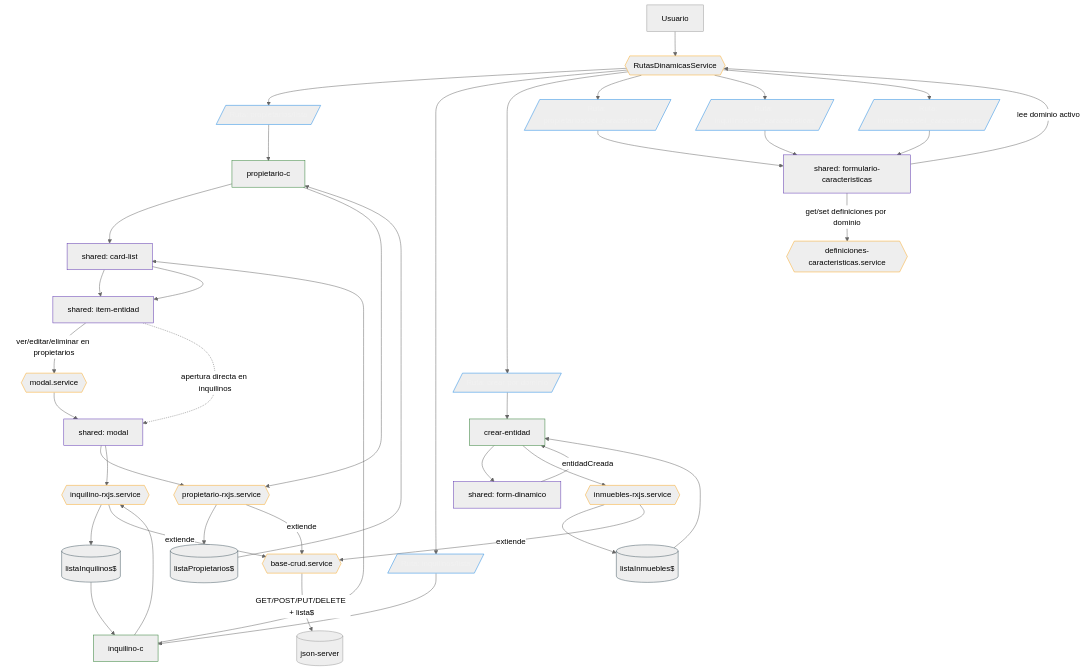
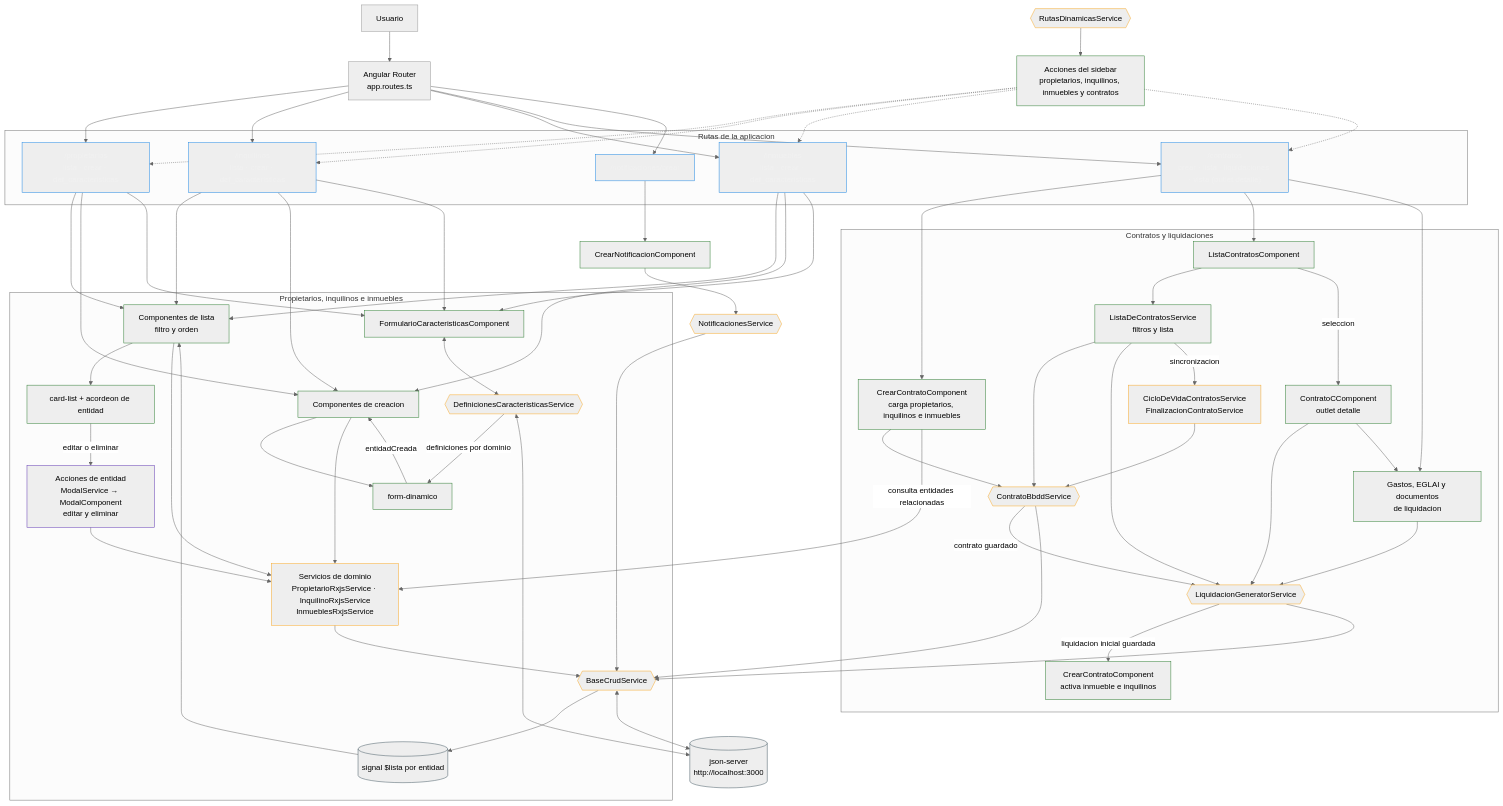
Before and after one commit to srOtyy/mvpInmo: the diagram in docs/diagramas/flujo_general.md, drawn with Mermaid (neutral theme). The commit also changed other lines of this file and 4 other files, not shown here.

````diff
--- a/docs/diagramas/flujo_general.md
+++ b/docs/diagramas/flujo_general.md
@@ -3,107 +5,107 @@
 ```mermaid
 flowchart TB
+    U[Usuario] --> ROUTER[Angular Router<br/>app.routes.ts]
 
-    %% Entrada comun
-    U[Usuario]
-    RDS{{RutasDinamicasService}}
+    subgraph RUTAS["Rutas de la aplicacion"]
+        RP["/propietarios<br/>lista · crear · def_caracteristicas"]
+        RI["/inquilinos<br/>lista · crear · def_caracteristicas"]
+        RIM["/inmuebles<br/>lista · crear · def_caracteristicas"]
+        RC["/contratos<br/>crear · lista · liquidaciones · vista (outlet detalle)"]
+        RN["/notificaciones/crear"]
+    end
+    ROUTER --> RP
+    ROUTER --> RI
+    ROUTER --> RIM
+    ROUTER --> RC
+    ROUTER --> RN
 
-    %% Rutas por dominio
-    RP[/Ruta: propietarios/lista/]
-    RI[/Ruta: inquilinos/lista/]
-    RC[/Ruta: crear por dominio/]
+    RDS{{RutasDinamicasService}} --> SIDEBAR["Acciones del sidebar<br/>propietarios, inquilinos, inmuebles y contratos"]
+    SIDEBAR -.-> RP
+    SIDEBAR -.-> RI
+    SIDEBAR -.-> RIM
+    SIDEBAR -.-> RC
 
-    RDC1[/Ruta: propietarios/def_caracteristicas/]
-    RDC2[/Ruta: inquilinos/def_caracteristicas/]
-    RDC3[/Ruta: inmuebles/def_caracteristicas/]
+    subgraph ENTIDADES["Propietarios, inquilinos e inmuebles"]
+        LISTA["Componentes de lista<br/>filtro y orden"]
+        CARD["card-list + acordeon de entidad"]
+        MODAL["Acciones de entidad<br/>ModalService → ModalComponent<br/>editar y eliminar"]
+        CREAR["Componentes de creacion"]
+        FD["form-dinamico"]
+        DEFINICIONES["FormularioCaracteristicasComponent"]
+        SDEF{{DefinicionesCaracteristicasService}}
+        SERVICES["Servicios de dominio<br/>PropietarioRxjsService · InquilinoRxjsService<br/>InmueblesRxjsService"]
+        CRUD{{BaseCrudService}}
+        ESTADO[("signal $lista por entidad")]
 
-    %% Componentes de dominio
-    PC[propietario-c]
-    IC[inquilino-c]
-    FC[crear-entidad]
+        RP --> LISTA
+        RI --> LISTA
+        RIM --> LISTA
+        LISTA --> CARD
+        CARD -->|"editar o eliminar"| MODAL
+        LISTA --> SERVICES
+        MODAL --> SERVICES
+        RP --> CREAR
+        RI --> CREAR
+        RIM --> CREAR
+        CREAR --> FD
+        FD -->|"entidadCreada"| CREAR
+        CREAR --> SERVICES
+        RP --> DEFINICIONES
+        RI --> DEFINICIONES
+        RIM --> DEFINICIONES
+        DEFINICIONES <--> SDEF
+        SDEF -->|"definiciones por dominio"| FD
+        SERVICES --> CRUD
+        CRUD --> ESTADO
+        ESTADO --> LISTA
+    end
 
-    %% Shared UI
-    CL[shared: card-list]
-    IE[shared: item-entidad]
-    FD[shared: form-dinamico]
-    FCS[shared: formulario-caracteristicas]
-    MOD[shared: modal]
+    subgraph CONTRATOS["Contratos y liquidaciones"]
+        CFORM["CrearContratoComponent<br/>carga propietarios, inquilinos e inmuebles"]
+        CS{{ContratoBbddService}}
+        LCOMP[ListaContratosComponent]
+        CL["ListaDeContratosService<br/>filtros y lista"]
+        DETAIL["ContratoCComponent<br/>outlet detalle"]
+        LIFE["CicloDeVidaContratosService<br/>FinalizacionContratoService"]
+        LIQ{{LiquidacionGeneratorService}}
+        DOC["Gastos, EGLAI y documentos<br/>de liquidacion"]
+        ACT["CrearContratoComponent<br/>activa inmueble e inquilinos"]
 
-    %% Servicios de dominio y bases compartidas
-    SP{{propietario-rxjs.service}}
-    SI{{inquilino-rxjs.service}}
-    SM{{inmuebles-rxjs.service}}
-    BCRUD{{base-crud.service}}
-    MS{{modal.service}}
+        RC --> CFORM
+        CFORM --> CS
+        CFORM -->|"consulta entidades relacionadas"| SERVICES
+        RC --> LCOMP
+        LCOMP --> CL
+        CL --> CS
+        CL --> LIQ
+        LCOMP -->|"seleccion"| DETAIL
+        CL -->|"sincronizacion"| LIFE
+        LIFE --> CS
+        DETAIL --> LIQ
+        RC --> DOC
+        DETAIL --> DOC
+        DOC --> LIQ
+        CS -->|"contrato guardado"| LIQ
+        LIQ -->|"liquidacion inicial guardada"| ACT
+        CS --> CRUD
+        LIQ --> CRUD
+    end
 
-    %% Servicio shared de definiciones
-    SDEF{{definiciones-caracteristicas.service}}
+    RN --> NCOMP["CrearNotificacionComponent"]
+    NCOMP --> NS{{NotificacionesService}}
+    NS --> CRUD
+    CRUD <--> API[("json-server<br/>http://localhost:3000")]
+    SDEF <--> API
 
-    %% Estado observable
-    OP[(listaPropietarios$)]
-    OI[(listaInquilinos$)]
-    OM[(listaInmuebles$)]
-
-    %% Navegacion
-    U --> RDS
-    RDS --> RP
-    RDS --> RI
-    RDS --> RC
-    RDS --> RDC1
-    RDS --> RDC2
-    RDS --> RDC3
-
-    %% Flujos dominio propietarios
-    RP --> PC
-    PC --> CL
-    CL --> IE
-    IE -->|ver/editar/eliminar en propietarios| MS
-    MS --> MOD
-    PC --> SP
-    MOD --> SP
-    SP --> OP
-    OP --> PC
-
-    %% Flujos dominio inquilinos
-    RI --> IC
-    IC --> CL
-    CL --> IE
-    IE -.->|apertura directa en inquilinos| MOD
-    IC --> SI
-    MOD --> SI
-    SI --> OI
-    OI --> IC
-
-    %% Flujos de creacion compartidos
-    RC --> FC
-    FC --> FD
-    FD -->|entidadCreada| FC
-    FC --> SM
-    SM --> OM
-    OM --> FC
-
-    %% Herencia de servicios CRUD por dominio
-    SP -->|extiende| BCRUD
-    SI -->|extiende| BCRUD
-    SM -->|extiende| BCRUD
-    BCRUD -->|GET/POST/PUT/DELETE + lista$| API[(json-server)]
-
-    %% Flujo compartido de definiciones por dominio
-    RDC1 --> FCS
-    RDC2 --> FCS
-    RDC3 --> FCS
-    FCS -->|get/set definiciones por dominio| SDEF
-    FCS -->|lee dominio activo| RDS
-
-    %% Estilos
     classDef route stroke:#1E88E5,color:#f1f1f1;
     classDef component stroke:#2E7D32;
     classDef shared stroke:#5E35B1;
     classDef service stroke:#F9A825;
     classDef state stroke:#455A64;
 
-    class RP,RI,RC,RDC1,RDC2,RDC3 route;
-    class PC,IC,FC component;
-    class CL,IE,FD,FCS,MOD shared;
-    class RDS,SP,SI,SM,BCRUD,MS,SDEF service;
-    class OP,OI,OM state;
+    class RP,RI,RIM,RC,RN route;
+    class LISTA,CARD,CREAR,FD,DEFINICIONES,CFORM,LCOMP,CL,DETAIL,DOC,ACT,NCOMP,SIDEBAR component;
+    class MODAL shared;
+    class RDS,SDEF,SERVICES,CRUD,CS,LIFE,LIQ,NS service;
+    class ESTADO,API state;
 ```
````
